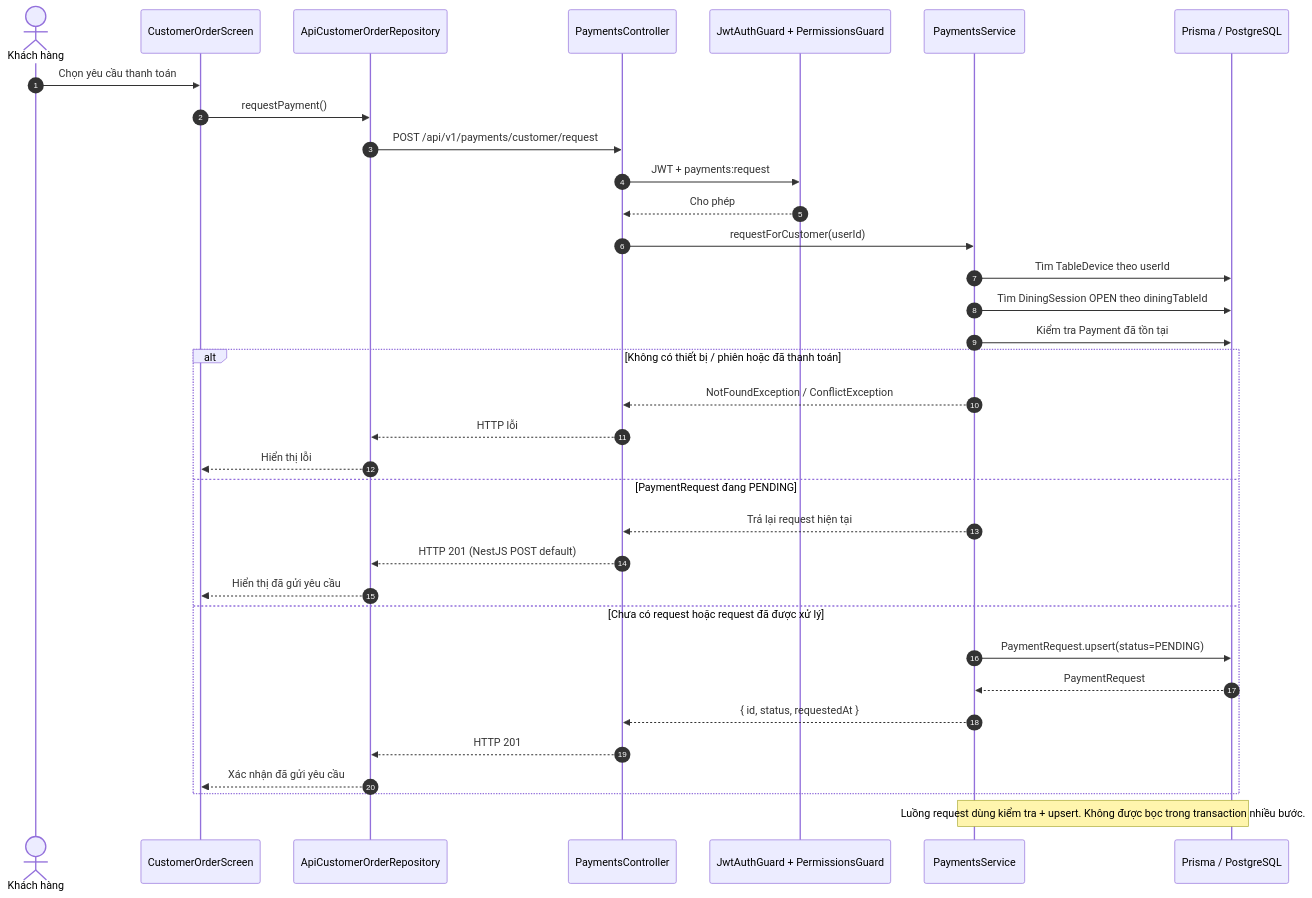
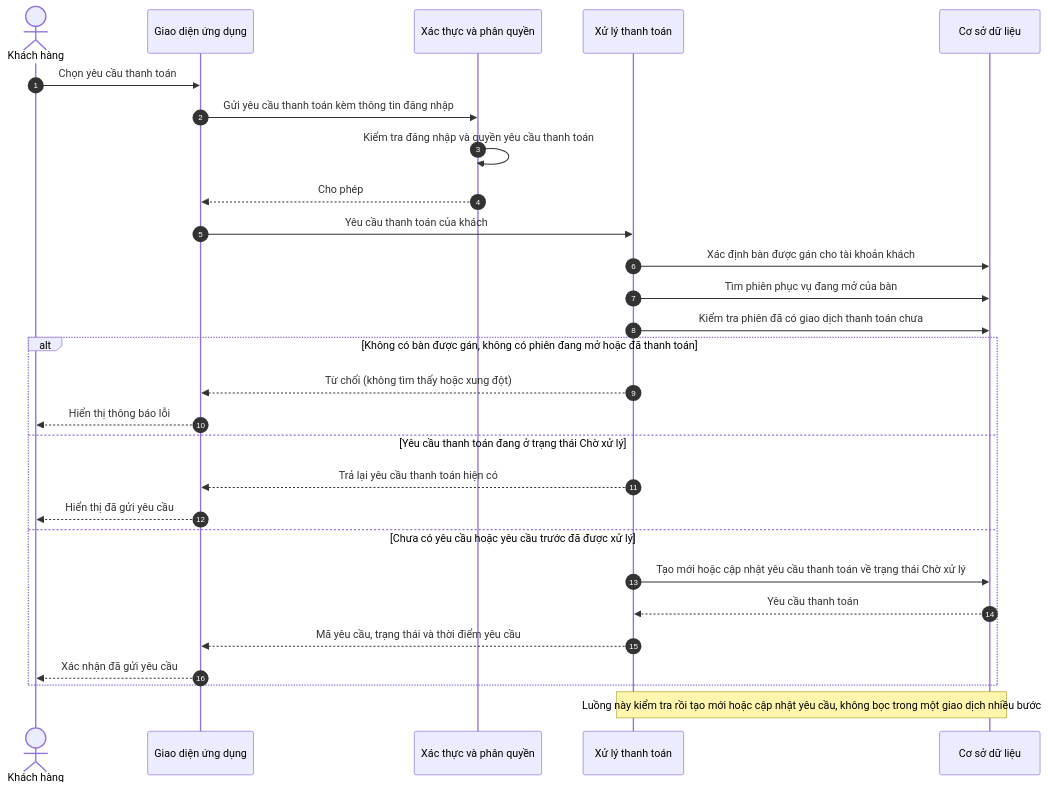
The diagram in docs/analysis/diagrams/sequence-payment-request.mmd (NTMHuy/ResMan), drawn with Mermaid before and after one commit.

Commit message:
Translate payment request sequence diagram to Vietnamese

```diff
--- a/docs/analysis/diagrams/sequence-payment-request.mmd
+++ b/docs/analysis/diagrams/sequence-payment-request.mmd
@@ -1,35 +1,34 @@
 sequenceDiagram
     autonumber
+
     actor Customer as Khách hàng
-    participant UI as CustomerOrderScreen
-    participant Repo as ApiCustomerOrderRepository
-    participant Ctrl as PaymentsController
-    participant Guard as JwtAuthGuard + PermissionsGuard
-    participant Svc as PaymentsService
-    participant DB as Prisma / PostgreSQL
+
+    participant UI as Giao diện ứng dụng
+    participant Auth as Xác thực và phân quyền
+    participant Pay as Xử lý thanh toán
+    participant DB as Cơ sở dữ liệu
 
     Customer->>UI: Chọn yêu cầu thanh toán
-    UI->>Repo: requestPayment()
-    Repo->>Ctrl: POST /api/v1/payments/customer/request
-    Ctrl->>Guard: JWT + payments:request
-    Guard-->>Ctrl: Cho phép
-    Ctrl->>Svc: requestForCustomer(userId)
-    Svc->>DB: Tìm TableDevice theo userId
-    Svc->>DB: Tìm DiningSession OPEN theo diningTableId
-    Svc->>DB: Kiểm tra Payment đã tồn tại
-    alt Không có thiết bị / phiên hoặc đã thanh toán
-        Svc-->>Ctrl: NotFoundException / ConflictException
-        Ctrl-->>Repo: HTTP lỗi
-        Repo-->>UI: Hiển thị lỗi
-    else PaymentRequest đang PENDING
-        Svc-->>Ctrl: Trả lại request hiện tại
-        Ctrl-->>Repo: HTTP 201 (NestJS POST default)
-        Repo-->>UI: Hiển thị đã gửi yêu cầu
-    else Chưa có request hoặc request đã được xử lý
-        Svc->>DB: PaymentRequest.upsert(status=PENDING)
-        DB-->>Svc: PaymentRequest
-        Svc-->>Ctrl: { id, status, requestedAt }
-        Ctrl-->>Repo: HTTP 201
-        Repo-->>UI: Xác nhận đã gửi yêu cầu
+    UI->>Auth: Gửi yêu cầu thanh toán kèm thông tin đăng nhập
+    Auth->>Auth: Kiểm tra đăng nhập và quyền yêu cầu thanh toán
+    Auth-->>UI: Cho phép
+    UI->>Pay: Yêu cầu thanh toán của khách
+
+    Pay->>DB: Xác định bàn được gán cho tài khoản khách
+    Pay->>DB: Tìm phiên phục vụ đang mở của bàn
+    Pay->>DB: Kiểm tra phiên đã có giao dịch thanh toán chưa
+
+    alt Không có bàn được gán, không có phiên đang mở hoặc đã thanh toán
+        Pay-->>UI: Từ chối (không tìm thấy hoặc xung đột)
+        UI-->>Customer: Hiển thị thông báo lỗi
+    else Yêu cầu thanh toán đang ở trạng thái Chờ xử lý
+        Pay-->>UI: Trả lại yêu cầu thanh toán hiện có
+        UI-->>Customer: Hiển thị đã gửi yêu cầu
+    else Chưa có yêu cầu hoặc yêu cầu trước đã được xử lý
+        Pay->>DB: Tạo mới hoặc cập nhật yêu cầu thanh toán về trạng thái Chờ xử lý
+        DB-->>Pay: Yêu cầu thanh toán
+        Pay-->>UI: Mã yêu cầu, trạng thái và thời điểm yêu cầu
+        UI-->>Customer: Xác nhận đã gửi yêu cầu
     end
-    Note over Svc,DB: Luồng request dùng kiểm tra + upsert. Không được bọc trong transaction nhiều bước.
+
+    Note over Pay,DB: Luồng này kiểm tra rồi tạo mới hoặc cập nhật yêu cầu, không bọc trong một giao dịch nhiều bước
```
